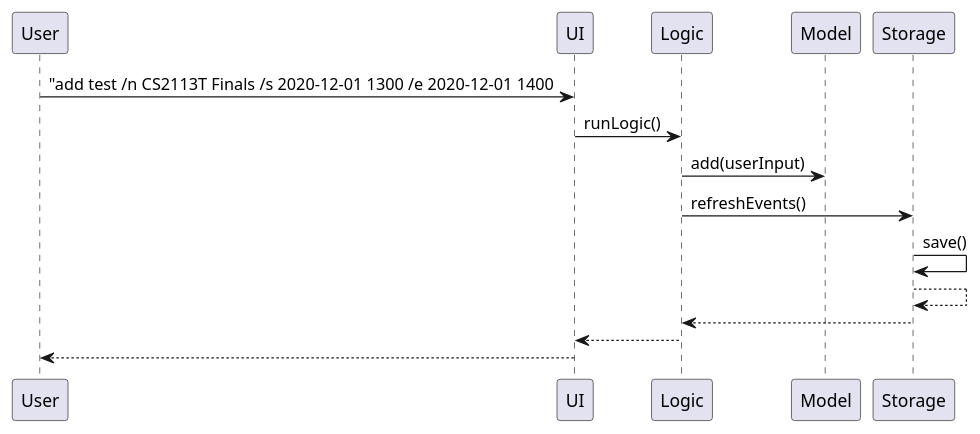
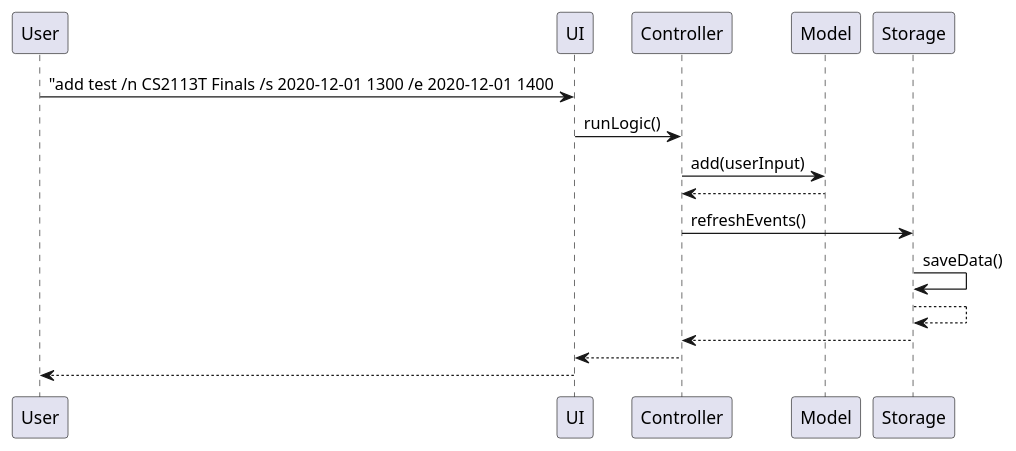
Before and after one commit to untitle4/tp: the diagram in docs/design/ExampleSequence.puml, drawn with PlantUML.

```diff
--- a/docs/design/ExampleSequence.puml
+++ b/docs/design/ExampleSequence.puml
@@ -1,11 +1,12 @@
 @startuml
 User -> UI: "add test /n CS2113T Finals /s 2020-12-01 1300 /e 2020-12-01 1400
-UI -> Logic: runLogic()
-Logic -> Model: add(userInput)
-Logic -> Storage: refreshEvents()
-Storage -> Storage: save()
+UI -> Controller: runLogic()
+Controller -> Model: add(userInput)
+Model --> Controller
+Controller -> Storage: refreshEvents()
+Storage -> Storage: saveData()
 Storage --> Storage
-Storage --> Logic
-Logic --> UI
+Storage --> Controller
+Controller --> UI
 UI --> User
 @enduml
```
